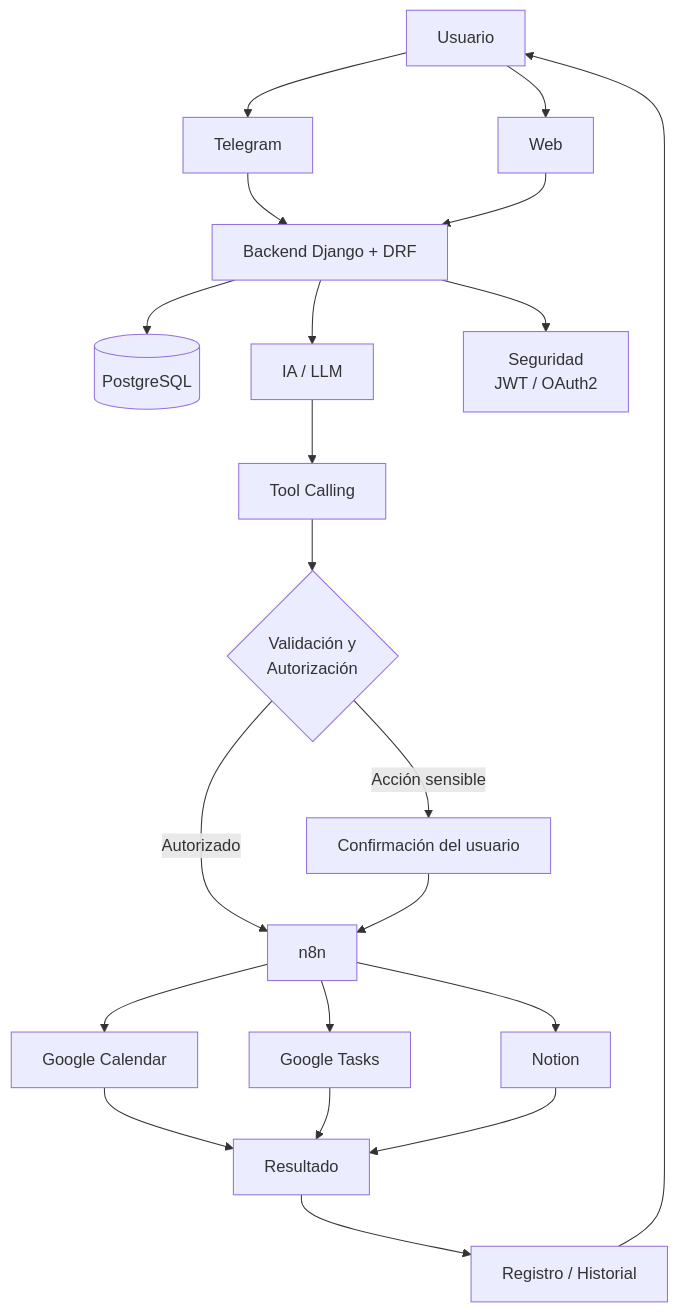
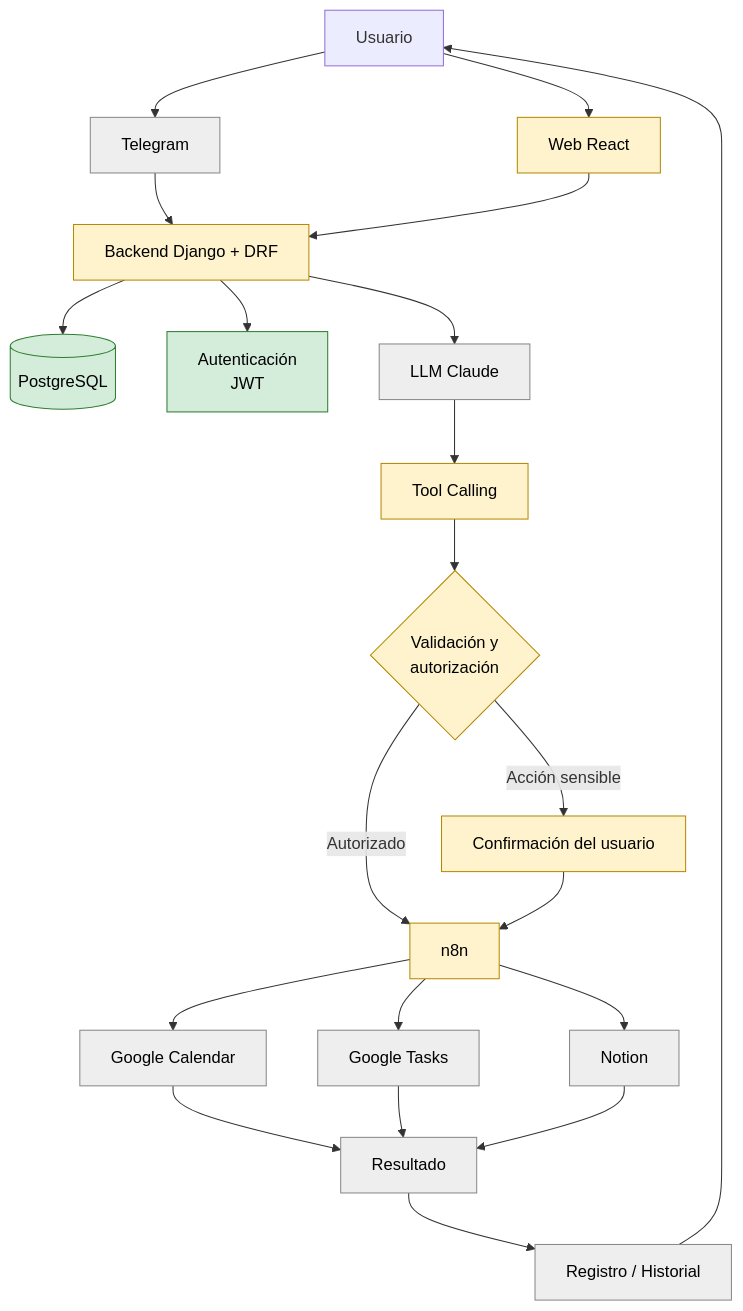
Before and after one commit to AlanGuerraO/KEFA_AI: the diagram in docs/architecture/mvp-architecture.md, drawn with Mermaid. The commit also changed other lines of this file and 8 other files, not shown here.

````diff
--- a/docs/architecture/mvp-architecture.md
+++ b/docs/architecture/mvp-architecture.md
@@ -10,27 +22,34 @@
 ```mermaid
 flowchart TD
     U[Usuario] --> TG[Telegram]
-    U --> WEB[Web]
+    U --> WEB[Web React]
     TG --> BACK[Backend Django + DRF]
     WEB --> BACK
 
     BACK --> DB[(PostgreSQL)]
-    BACK --> IA[IA / LLM]
-    BACK --> SEG[Seguridad<br/>JWT / OAuth2]
+    BACK --> SEG[Autenticación<br/>JWT]
+    BACK --> IA[LLM Claude]
 
     IA --> TC[Tool Calling]
-    TC --> VAL{Validación y<br/>Autorización}
+    TC --> VAL{Validación y<br/>autorización}
     VAL -->|Acción sensible| CONF[Confirmación del usuario]
     VAL -->|Autorizado| N8N[n8n]
     CONF --> N8N
 
     N8N --> CAL[Google Calendar]
     N8N --> TASKS[Google Tasks]
     N8N --> NOTION[Notion]
 
     CAL --> RES[Resultado]
     TASKS --> RES
     NOTION --> RES
     RES --> LOG[Registro / Historial]
     LOG --> U
+
+    classDef done fill:#d4edda,stroke:#2e7d32,color:#000
+    classDef partial fill:#fff3cd,stroke:#b58900,color:#000
+    classDef pending fill:#eeeeee,stroke:#888888,color:#000
+    class DB,SEG done
+    class BACK,WEB,TC,VAL,CONF,N8N partial
+    class TG,IA,CAL,TASKS,NOTION,RES,LOG pending
 ```
````
